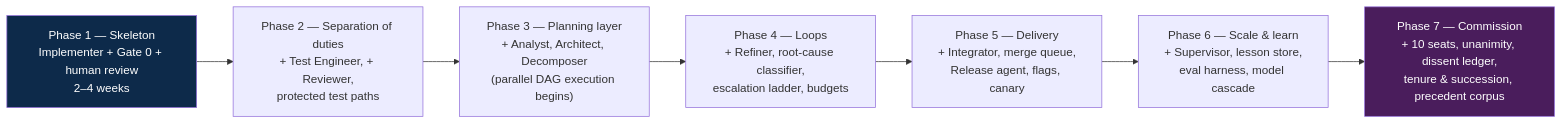
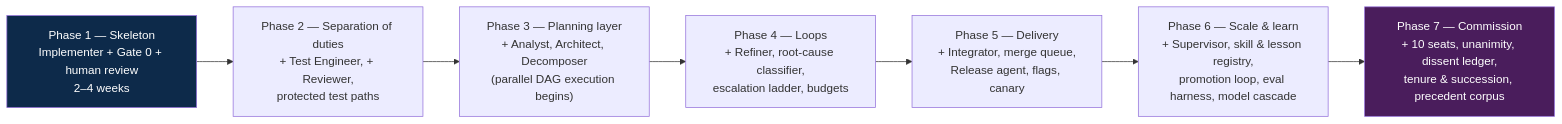
One commit to Kafloosi/Ai-agent-test changed the diagram in docs/06-implementation-guide.md. Above: the diagram before and after it, drawn with Mermaid. The commit also changed other lines of this file and 9 other files, not shown here.

First line of the commit message:
Add agent skills/tooling catalog and memory & learning architecture

````diff
--- a/docs/06-implementation-guide.md
+++ b/docs/06-implementation-guide.md
@@ -35,13 +38,13 @@
 ```mermaid
 flowchart LR
     P1["Phase 1 — Skeleton<br/>Implementer + Gate 0 + human review<br/>2–4 weeks"] --> P2
     P2["Phase 2 — Separation of duties<br/>+ Test Engineer, + Reviewer,<br/>protected test paths"] --> P3
     P3["Phase 3 — Planning layer<br/>+ Analyst, Architect, Decomposer<br/>(parallel DAG execution begins)"] --> P4
     P4["Phase 4 — Loops<br/>+ Refiner, root-cause classifier,<br/>escalation ladder, budgets"] --> P5
     P5["Phase 5 — Delivery<br/>+ Integrator, merge queue,<br/>Release agent, flags, canary"] --> P6
-    P6["Phase 6 — Scale &amp; learn<br/>+ Supervisor, lesson store,<br/>eval harness, model cascade"] --> P7
+    P6["Phase 6 — Scale &amp; learn<br/>+ Supervisor, skill &amp; lesson registry,<br/>promotion loop, eval harness, model cascade"] --> P7
     P7["Phase 7 — Commission<br/>+ 10 seats, unanimity, dissent ledger,<br/>tenure &amp; succession, precedent corpus"]
 
     style P1 fill:#0d2a4a,color:#fff
     style P7 fill:#4a1d5c,color:#fff
 ```
````
